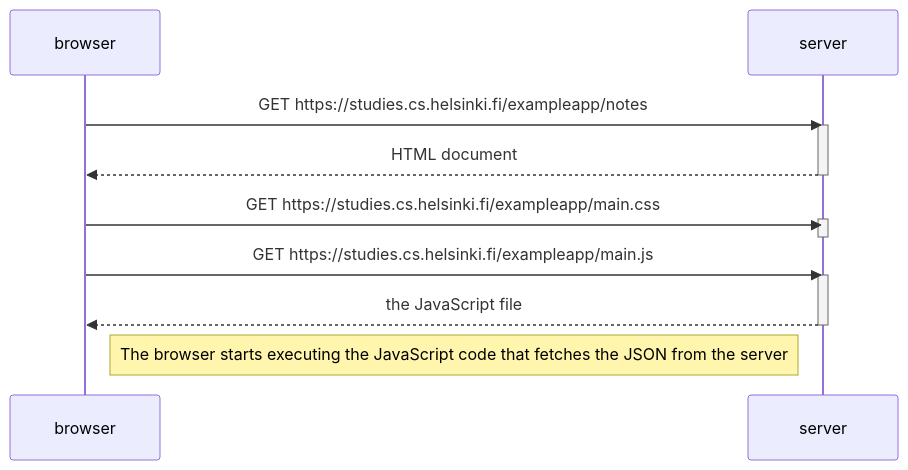
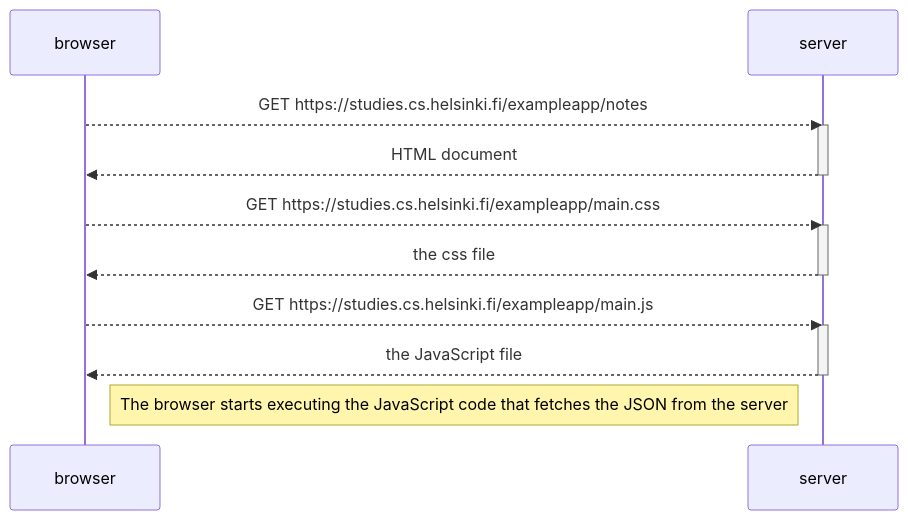
The diagram in 0.4_Nuevo_Diagrama_de_Nota.md (jvictorrodriguez/fullstackopen.com), drawn with Mermaid before and after one commit.

````diff
--- a/0.4_Nuevo_Diagrama_de_Nota.md
+++ b/0.4_Nuevo_Diagrama_de_Nota.md
@@ -1,22 +1,22 @@
 ```mermaid
 sequenceDiagram
     participant browser
     participant server
 
-    browser->>server: GET https://studies.cs.helsinki.fi/exampleapp/notes
+    browser-->>server: GET https://studies.cs.helsinki.fi/exampleapp/notes
     activate server
     server-->>browser: HTML document
     deactivate server
 
-    browser->>server: GET https://studies.cs.helsinki.fi/exampleapp/main.css
+    browser-->>server: GET https://studies.cs.helsinki.fi/exampleapp/main.css
     activate server
-    %%server-->>browser: the css file
+    server-->>browser: the css file
     deactivate server
 
-    browser->>server: GET https://studies.cs.helsinki.fi/exampleapp/main.js
+    browser-->>server: GET https://studies.cs.helsinki.fi/exampleapp/main.js
     activate server
     server-->>browser: the JavaScript file
     deactivate server
 
     Note right of browser: The browser starts executing the JavaScript code that fetches the JSON from the server
 ```
````
